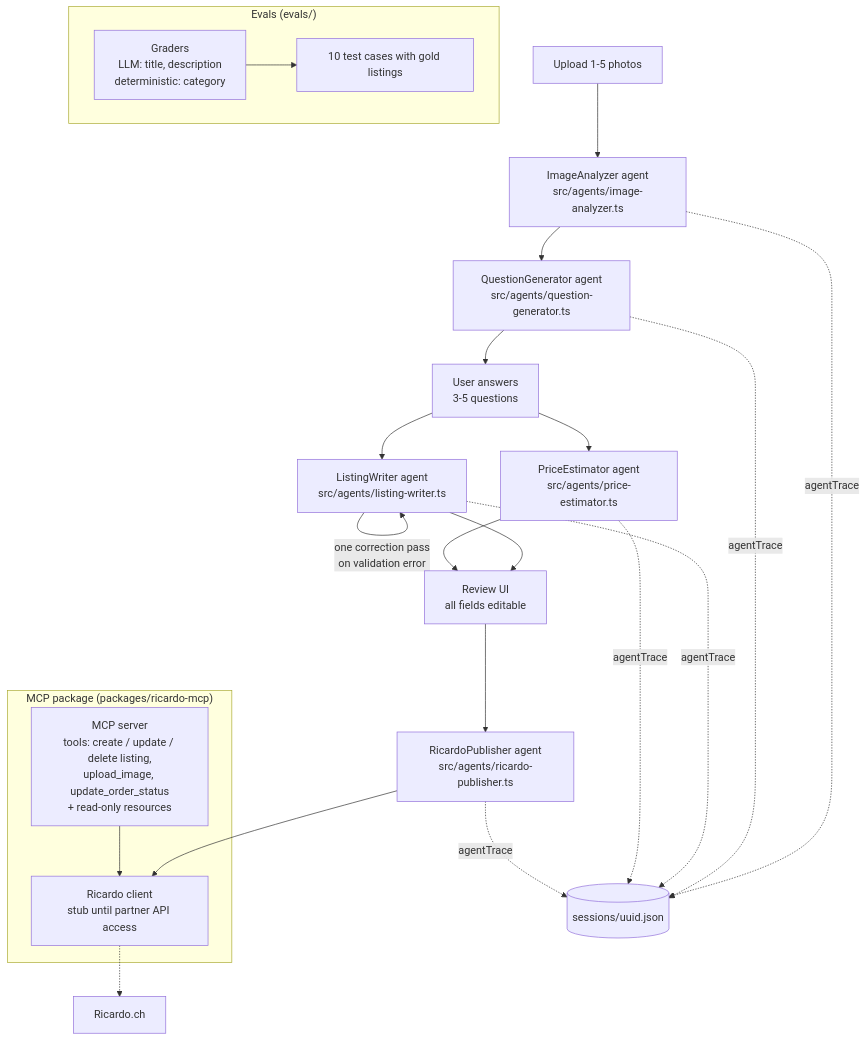
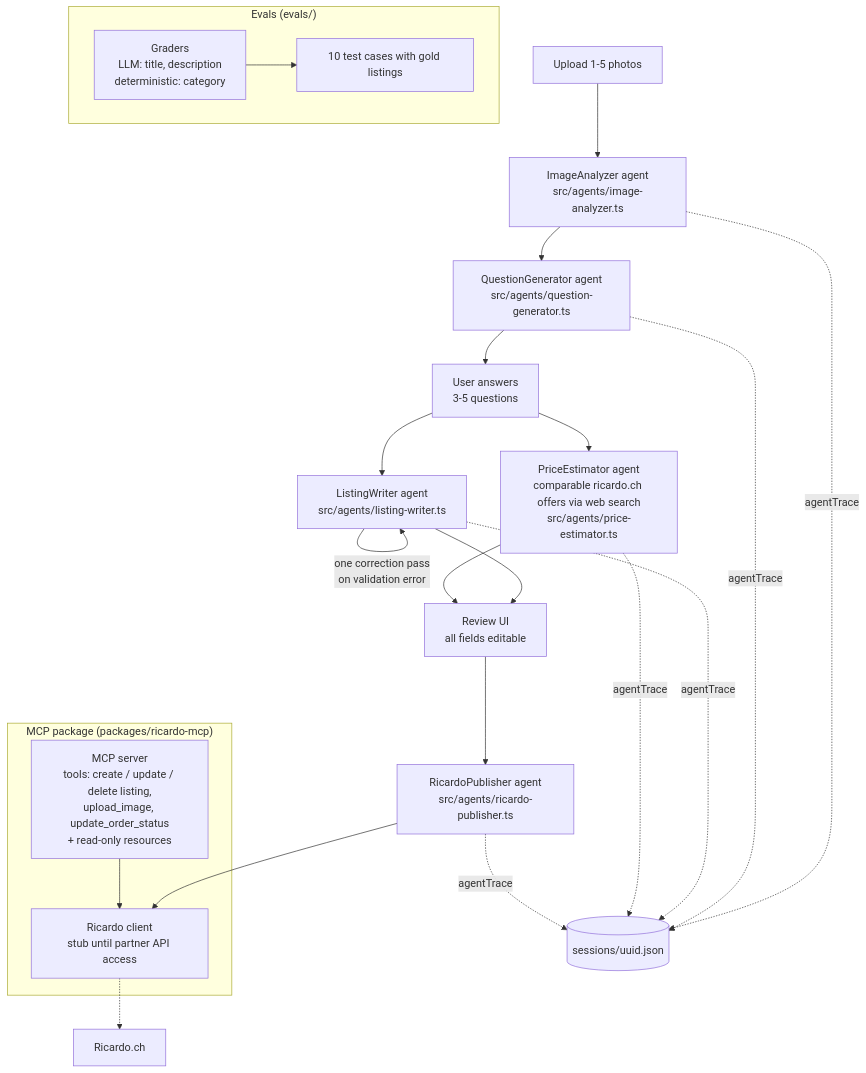
One commit to kronprinzmagma/ai-listing-assistant changed the diagram in README.md. Above: the diagram before and after it, drawn with Mermaid. The commit also changed other lines of this file and 1 other file, not shown here.

````diff
--- a/README.md
+++ b/README.md
@@ -23,32 +23,32 @@
 ```mermaid
 flowchart TD
     Upload[Upload 1-5 photos] --> ImageAnalyzer[ImageAnalyzer agent\nsrc/agents/image-analyzer.ts]
     ImageAnalyzer --> QuestionGenerator[QuestionGenerator agent\nsrc/agents/question-generator.ts]
     QuestionGenerator --> UserAnswers[User answers\n3-5 questions]
     UserAnswers --> ListingWriter[ListingWriter agent\nsrc/agents/listing-writer.ts]
-    UserAnswers --> PriceEstimator[PriceEstimator agent\nsrc/agents/price-estimator.ts]
+    UserAnswers --> PriceEstimator[PriceEstimator agent\ncomparable ricardo.ch offers via web search\nsrc/agents/price-estimator.ts]
     ListingWriter -->|one correction pass\non validation error| ListingWriter
     ListingWriter --> Review[Review UI\nall fields editable]
     PriceEstimator --> Review
     Review --> RicardoPublisher[RicardoPublisher agent\nsrc/agents/ricardo-publisher.ts]
     RicardoPublisher --> RicardoClient[Ricardo client\nstub until partner API access]
     RicardoClient -.-> RicardoCh[Ricardo.ch]
 
     subgraph MCPPackage["MCP package (packages/ricardo-mcp)"]
         RicardoClient
         MCPServer[MCP server\ntools: create / update / delete listing,\nupload_image, update_order_status\n+ read-only resources]
         MCPServer --> RicardoClient
     end
 
     subgraph EvalFramework["Evals (evals/)"]
         Graders[Graders\nLLM: title, description\ndeterministic: category]
         Cases[10 test cases with gold listings]
         Graders --> Cases
     end
 
     ImageAnalyzer -.->|agentTrace| SessionState[(sessions/uuid.json)]
     QuestionGenerator -.->|agentTrace| SessionState
     ListingWriter -.->|agentTrace| SessionState
     PriceEstimator -.->|agentTrace| SessionState
     RicardoPublisher -.->|agentTrace| SessionState
 ```
````
